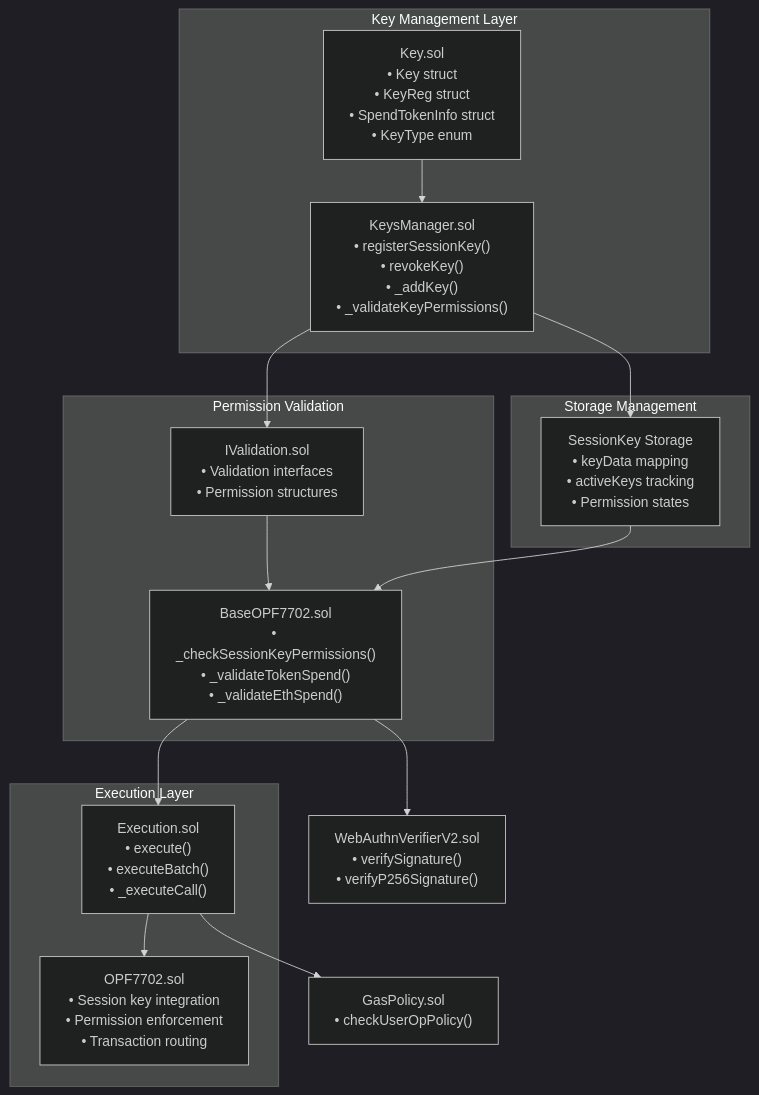
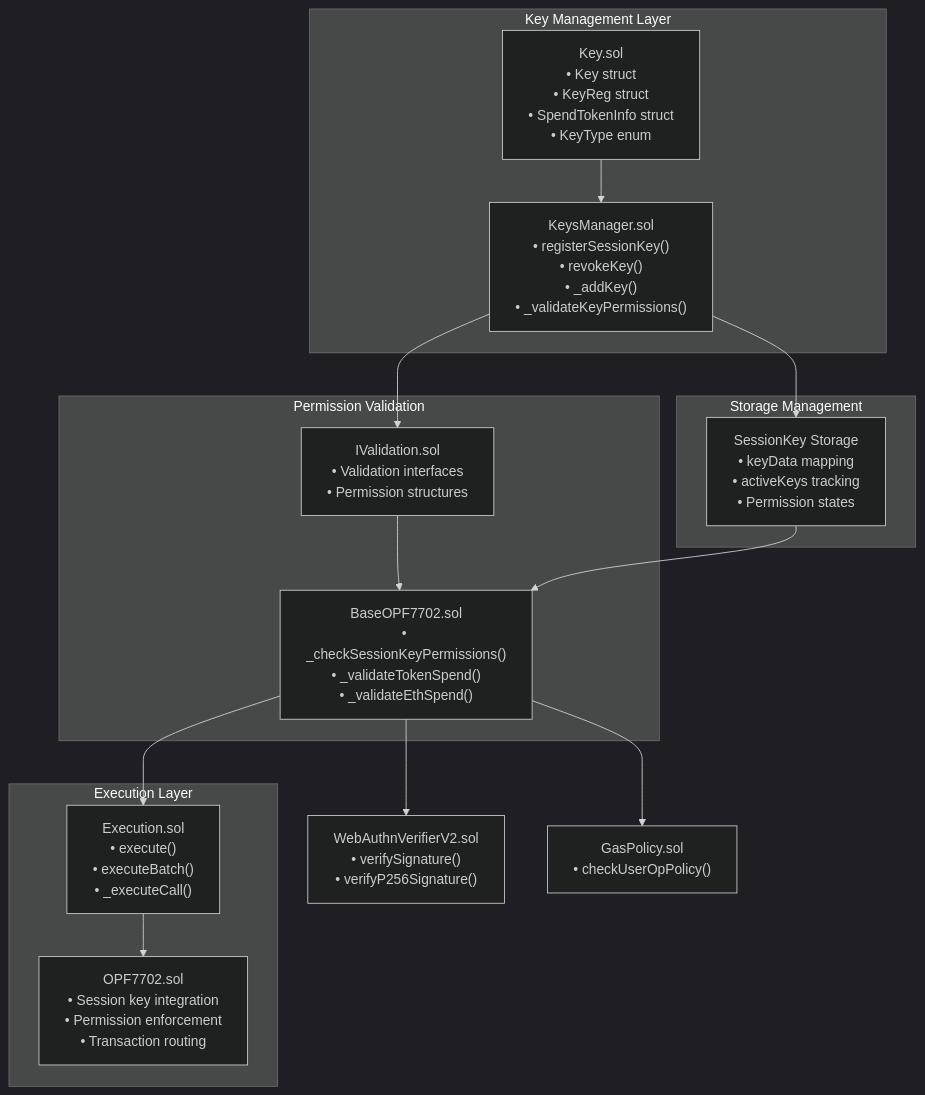
The diagram in docs/SessionKeys.md (openfort-xyz/openfort-7702-account), drawn with Mermaid (dark theme) before and after one commit.

Commit message:
(docs): SessionKeys.md

````diff
--- a/docs/SessionKeys.md
+++ b/docs/SessionKeys.md
@@ -9,39 +9,39 @@
 ```mermaid
 flowchart TD
     subgraph "Key Management Layer"
         KeyStructures["Key.sol<br/>• Key struct<br/>• KeyReg struct<br/>• SpendTokenInfo struct<br/>• KeyType enum"]
         KeysManager["KeysManager.sol<br/>• registerSessionKey()<br/>• revokeKey()<br/>• _addKey()<br/>• _validateKeyPermissions()"]
     end
     
     subgraph "Permission Validation"
         ValidationCore["IValidation.sol<br/>• Validation interfaces<br/>• Permission structures"]
         PermissionChecks["BaseOPF7702.sol<br/>• _checkSessionKeyPermissions()<br/>• _validateTokenSpend()<br/>• _validateEthSpend()"]
     end
     
     subgraph "Storage Management"
         SessionKeyData["SessionKey Storage<br/>• keyData mapping<br/>• activeKeys tracking<br/>• Permission states"]
     end
     
     subgraph "Execution Layer"
         ExecutionEngine["Execution.sol<br/>• execute()<br/>• executeBatch()<br/>• _executeCall()"]
         MainAccount["OPF7702.sol<br/>• Session key integration<br/>• Permission enforcement<br/>• Transaction routing"]
     end
 
     %% Separate components
     WebAuthnVerifier["WebAuthnVerifierV2.sol<br/>• verifySignature()<br/>• verifyP256Signature()"]
     GasPolicy["GasPolicy.sol<br/>• checkUserOpPolicy()"]
 
     %% Flow connections
     KeyStructures --> KeysManager
     KeysManager --> ValidationCore
     KeysManager --> SessionKeyData
     
     ValidationCore --> PermissionChecks
     SessionKeyData --> PermissionChecks
     
     PermissionChecks --> WebAuthnVerifier
+    PermissionChecks --> GasPolicy
     PermissionChecks --> ExecutionEngine
     
-    ExecutionEngine --> GasPolicy
     ExecutionEngine --> MainAccount
 ```
````
